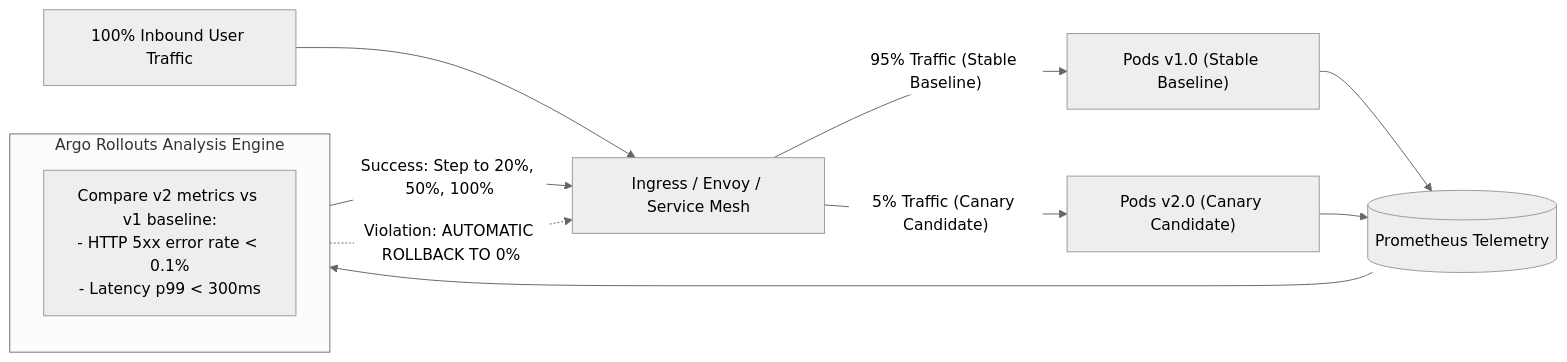
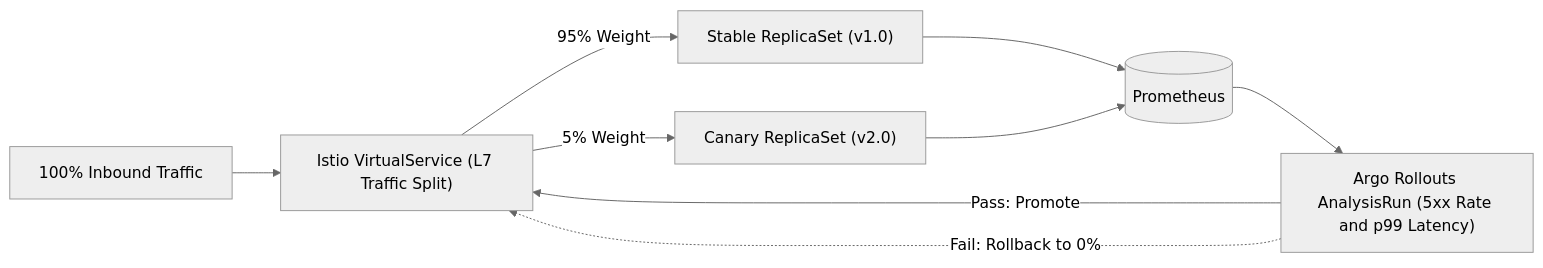
One commit to ravishankar2463/java_hub changed the third of 5 diagrams in content/roadmap/level-13/zero-downtime-deployments-blue-green-and-canary.md. Above: the diagram before and after it, drawn with Mermaid (neutral theme). The commit also changed other lines of this file and 119 other files, not shown here.

Commit message:
feat: add comprehensive java learning roadmap content across multiple levels

````diff
--- a/content/roadmap/level-13/zero-downtime-deployments-blue-green-and-canary.md
+++ b/content/roadmap/level-13/zero-downtime-deployments-blue-green-and-canary.md
@@ -99,18 +121,13 @@
 ```mermaid
 flowchart LR
-    Traffic["100% Inbound User Traffic"] --> Ingress["Ingress / Envoy / Service Mesh"]
-    
-    Ingress -->|"95% Traffic (Stable Baseline)"| V1["Pods v1.0 (Stable Baseline)"]
-    Ingress -->|"5% Traffic (Canary Candidate)"| V2["Pods v2.0 (Canary Candidate)"]
+    Traffic["100% Inbound Traffic"] --> Istio["Istio VirtualService (L7 Traffic Split)"]
+    Istio -->|"95% Weight"| Stable["Stable ReplicaSet (v1.0)"]
+    Istio -->|"5% Weight"| Canary["Canary ReplicaSet (v2.0)"]
 
-    V1 --> Prom[("Prometheus Telemetry")]
-    V2 --> Prom
+    Stable --> Prom[("Prometheus")]
+    Canary --> Prom
 
-    subgraph AnalysisEngine["Argo Rollouts Analysis Engine"]
-        Analysis["Compare v2 metrics vs v1 baseline:<br/>- HTTP 5xx error rate < 0.1%<br/>- Latency p99 < 300ms"]
-    end
-
-    Prom --> AnalysisEngine
-    AnalysisEngine -->|"Success: Step to 20%, 50%, 100%"| Ingress
-    AnalysisEngine -.->|"Violation: AUTOMATIC ROLLBACK TO 0%"| Ingress
+    Prom --> Analysis["Argo Rollouts AnalysisRun (5xx Rate and p99 Latency)"]
+    Analysis -->|"Pass: Promote"| Istio
+    Analysis -.->|"Fail: Rollback to 0%"| Istio
 ```
````
